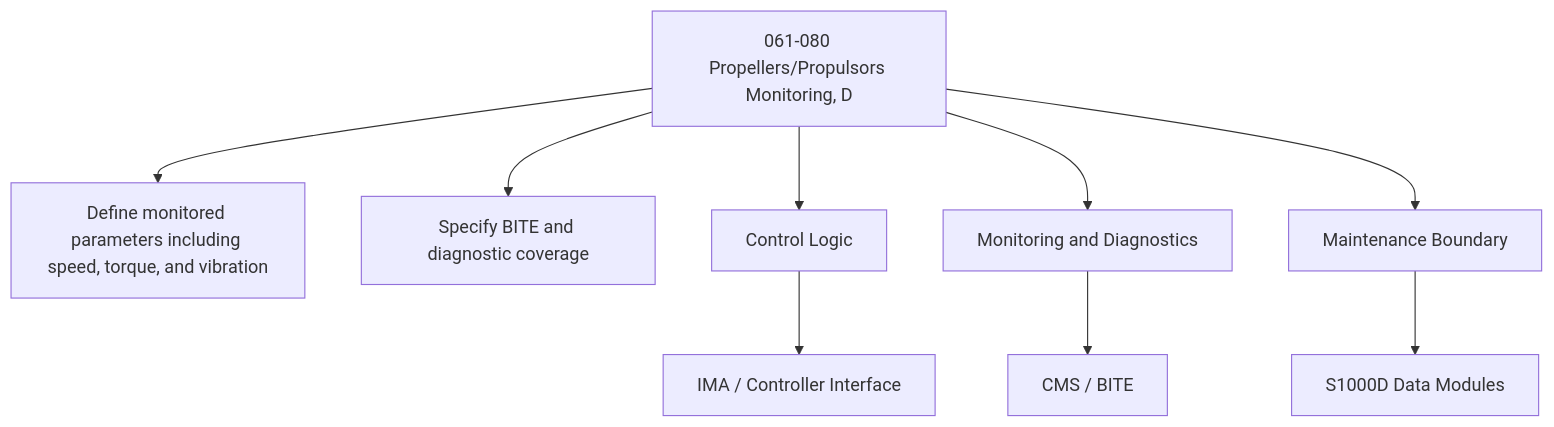
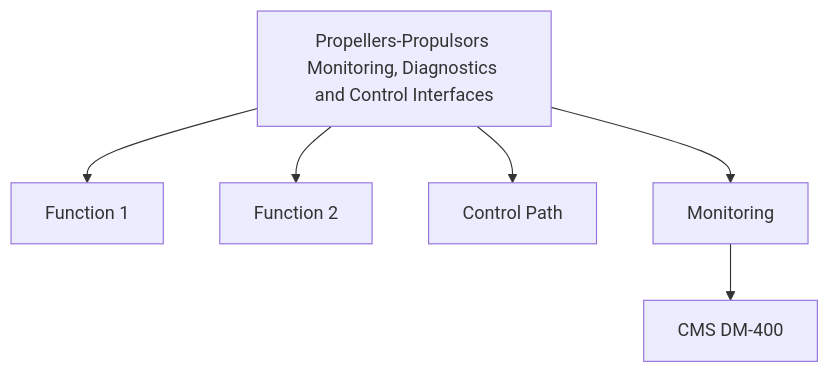
One commit to AmedeoPelliccia/Qplus-For-All-Queer-People-and-Quantum changed the second of 2 diagrams in Q+ATLANTIDE/000-099_ATLAS/060-069_Propulsion-Tradicional/061_Propellers-and-Propulsors/061-080-Propellers-Propulsors-Monitoring-Diagnostics-and-Control-Interfaces.md. Above: the diagram before and after it, drawn with Mermaid. The commit also changed other lines of this file and 74 other files, not shown here.

````diff
--- a/Q+ATLANTIDE/000-099_ATLAS/060-069_Propulsion-Tradicional/061_Propellers-and-Propulsors/061-080-Propellers-Propulsors-Monitoring-Diagnostics-and-Control-Interfaces.md
+++ b/Q+ATLANTIDE/000-099_ATLAS/060-069_Propulsion-Tradicional/061_Propellers-and-Propulsors/061-080-Propellers-Propulsors-Monitoring-Diagnostics-and-Control-Interfaces.md
@@ -172,11 +107,8 @@
 ```mermaid
 flowchart TB
-    SYS[061-080 Propellers/Propulsors Monitoring, D] --> F1[Define monitored parameters including speed, torque, and vibration]
-    SYS --> F2[Specify BITE and diagnostic coverage]
-    SYS --> CTRL[Control Logic]
-    SYS --> MON[Monitoring and Diagnostics]
-    SYS --> MAINT[Maintenance Boundary]
-    CTRL --> IMA[IMA / Controller Interface]
-    MON --> CMS[CMS / BITE]
-    MAINT --> CSDB[S1000D Data Modules]
+    SYS[Propellers-Propulsors Monitoring, Diagnostics and Control Interfaces] --> F1[Function 1]
+    SYS --> F2[Function 2]
+    SYS --> CTRL[Control Path]
+    SYS --> MON[Monitoring]
+    MON --> CMS[CMS DM-400]
 ```
````
